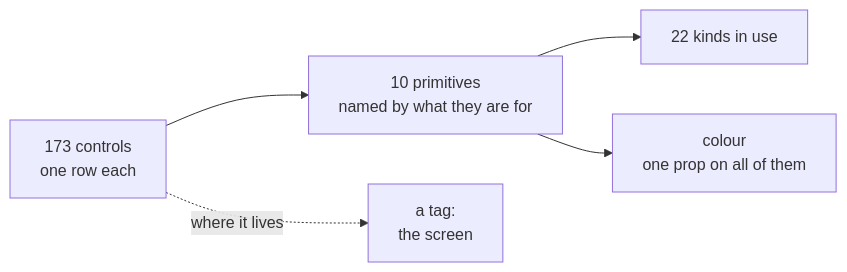
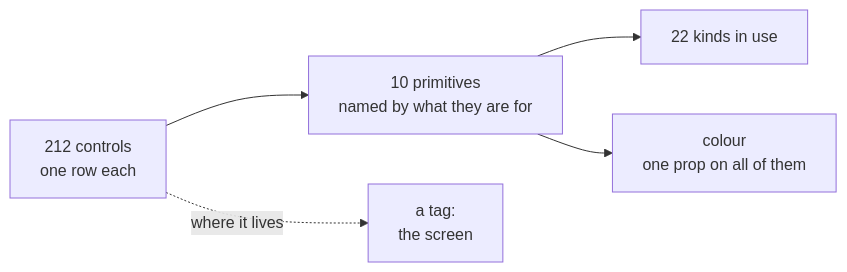
Before and after one commit to abossard/bossylights: the diagram in docs/design/kit.md, drawn with Mermaid. The commit also changed other lines of this file and 28 other files, not shown here.

````diff
--- a/docs/design/kit.md
+++ b/docs/design/kit.md
@@ -6,7 +6,7 @@
 ```mermaid
 flowchart LR
-  R["173 controls<br/>one row each"] --> K["10 primitives<br/>named by what they are for"]
+  R["212 controls<br/>one row each"] --> K["10 primitives<br/>named by what they are for"]
   K --> V["22 kinds in use"]
   K --> C["colour<br/>one prop on all of them"]
   R -. "where it lives" .-> T["a tag:<br/>the screen"]
 ```
````
